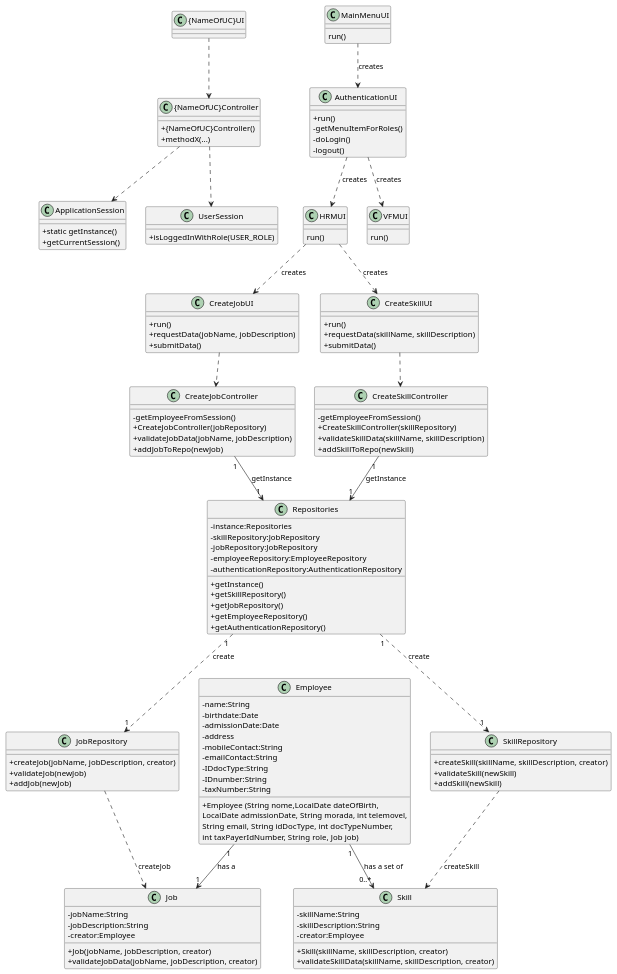
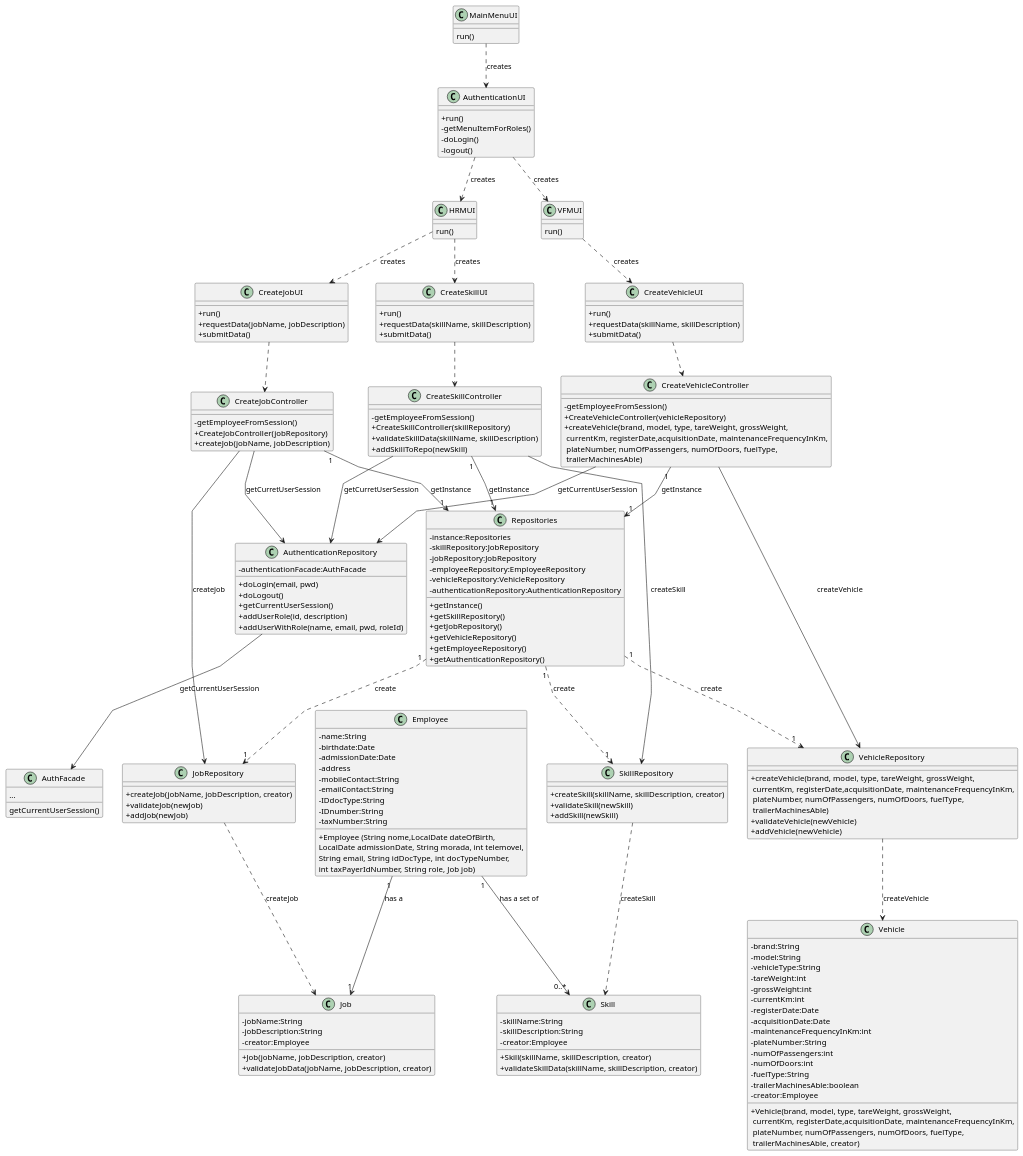
The diagram in docs/sprintB/global-artifacts/03.design/puml/class-diagram.puml (Paulo-Pereira-at-ISEP/lei-24-s2-1nanb-g321), drawn with PlantUML before and after one commit.

Commit message:
LGGPM-108 - Global - Design - Class diagram update

```diff
--- a/docs/sprintB/global-artifacts/03.design/puml/class-diagram.puml
+++ b/docs/sprintB/global-artifacts/03.design/puml/class-diagram.puml
@@ -3,25 +3,39 @@
 skinparam linetype polyline
 
 
-class ApplicationSession
-{
-  +static getInstance()
-  +getCurrentSession()
+class AuthenticationRepository{
+    - authenticationFacade:AuthFacade
+    + doLogin(email, pwd)
+    + doLogout()
+    + getCurrentUserSession()
+    + addUserRole(id, description)
+    + addUserWithRole(name, email, pwd, roleId)
 }
 
-class UserSession
-{
-  +isLoggedInWithRole(USER_ROLE)
+class AuthFacade{
+    ...
+    getCurrentUserSession()
 }
 
-class "{NameOfUC}Controller" {
-    + {NameOfUC}Controller()
-    + methodX(...)
+
+class Repositories{
+    - instance:Repositories
+    - skillRepository:JobRepository
+    - jobRepository:JobRepository
+    - employeeRepository:EmployeeRepository
+    - vehicleRepository:VehicleRepository
+    - authenticationRepository:AuthenticationRepository
+
+
+    + getInstance()
+    + getSkillRepository()
+    + getJobRepository()
+    + getVehicleRepository()
+    + getEmployeeRepository()
+    + getAuthenticationRepository()
 }
 
-class "{NameOfUC}UI" {
-}
-
+'------------------         UI             ----------------------
 
 class MainMenuUI{
     run()
@@ -42,20 +56,95 @@
     run()
 }
 
-class CreateJobController {
-    -getEmployeeFromSession()
-    + CreateJobController(jobRepository)
-    + validateJobData(jobName, jobDescription)
-    + addJobToRepo(newJob)
 
 
+
+
+class CreateSkillUI {
+    +run()
+    +requestData(skillName, skillDescription)
+    +submitData()
 }
-
 
 class CreateJobUI {
     +run()
     +requestData(jobName, jobDescription)
     +submitData()
+}
+
+class CreateVehicleUI {
+    +run()
+    +requestData(skillName, skillDescription)
+    +submitData()
+}
+
+
+'------------------         CONTROLLERS             ----------------------
+
+class CreateSkillController {
+    - getEmployeeFromSession()
+    + CreateSkillController(skillRepository)
+    + validateSkillData(skillName, skillDescription)
+    + addSkillToRepo(newSkill)
+
+}
+
+class CreateJobController {
+    -getEmployeeFromSession()
+    + CreateJobController(jobRepository)
+    + createJob(jobName, jobDescription)
+}
+
+
+class CreateVehicleController {
+    -getEmployeeFromSession()
+    + CreateVehicleController(vehicleRepository)
+    + createVehicle(brand, model, type, tareWeight, grossWeight,\n currentKm, registerDate,acquisitionDate, maintenanceFrequencyInKm,\n plateNumber, numOfPassengers, numOfDoors, fuelType,\n trailerMachinesAble)
+}
+
+
+'------------------         REPOS             ----------------------
+
+class SkillRepository{
+    + createSkill(skillName, skillDescription, creator)
+    + validateSkill(newSkill)
+    + addSkill(newSkill)
+}
+
+
+class JobRepository{
+    + createJob(jobName, jobDescription, creator)
+    + validateJob(newJob)
+    + addJob(newJob)
+}
+
+
+class VehicleRepository{
+    + createVehicle(brand, model, type, tareWeight, grossWeight,\n currentKm, registerDate,acquisitionDate, maintenanceFrequencyInKm,\n plateNumber, numOfPassengers, numOfDoors, fuelType,\n trailerMachinesAble)
+    + validateVehicle(newVehicle)
+    + addVehicle(newVehicle)
+}
+
+
+'------------------         MODELS             ----------------------
+
+class Skill {
+    -skillName:String
+    -skillDescription:String
+    -creator:Employee
+
+    +Skill(skillName, skillDescription, creator)
+    +validateSkillData(skillName, skillDescription, creator)
+}
+
+
+class Job {
+    -jobName:String
+    -jobDescription:String
+    -creator:Employee
+
+    +Job(jobName, jobDescription, creator)
+    +validateJobData(jobName, jobDescription, creator)
 }
 
 
@@ -74,96 +163,93 @@
     +Employee (String nome,LocalDate dateOfBirth,\nLocalDate admissionDate, String morada, int telemovel,\nString email, String idDocType, int docTypeNumber,\nint taxPayerIdNumber, String role, Job job)
 }
 
-class Repositories{
-    - instance:Repositories
-    - skillRepository:JobRepository
-    - jobRepository:JobRepository
-    - employeeRepository:EmployeeRepository
-    - authenticationRepository:AuthenticationRepository
 
-
-    + getInstance()
-    + getSkillRepository()
-    + getJobRepository()
-    + getEmployeeRepository()
-    + getAuthenticationRepository()
-}
-
-class JobRepository{
-    + createJob(jobName, jobDescription, creator)
-    + validateJob(newJob)
-    + addJob(newJob)
-}
-
-class Job {
-    -jobName:String
-    -jobDescription:String
+class Vehicle{
+    -brand:String
+    -model:String
+    -vehicleType:String
+    -tareWeight:int
+    -grossWeight:int
+    -currentKm:int
+    -registerDate:Date
+    -acquisitionDate:Date
+    -maintenanceFrequencyInKm:int
+    -plateNumber:String
+    -numOfPassengers:int
+    -numOfDoors:int
+    -fuelType:String
+    -trailerMachinesAble:boolean
     -creator:Employee
 
-    +Job(jobName, jobDescription, creator)
-    +validateJobData(jobName, jobDescription, creator)
-}
-
-
-class CreateSkillController {
-    - getEmployeeFromSession()
-    + CreateSkillController(skillRepository)
-    + validateSkillData(skillName, skillDescription)
-    + addSkillToRepo(newSkill)
-
-}
-
-
-class CreateSkillUI {
-    +run()
-    +requestData(skillName, skillDescription)
-    +submitData()
+    + Vehicle(brand, model, type, tareWeight, grossWeight,\n currentKm, registerDate,acquisitionDate, maintenanceFrequencyInKm,\n plateNumber, numOfPassengers, numOfDoors, fuelType,\n trailerMachinesAble, creator)
 }
 
 
 
-class SkillRepository{
-    + createSkill(skillName, skillDescription, creator)
-    + validateSkill(newSkill)
-    + addSkill(newSkill)
-}
 
-class Skill {
-    -skillName:String
-    -skillDescription:String
-    -creator:Employee
 
-    +Skill(skillName, skillDescription, creator)
-    +validateSkillData(skillName, skillDescription, creator)
-}
+
+
+
+
+
+
+
+
+
+
+AuthenticationRepository --> AuthFacade : getCurrentUserSession
 
 
 MainMenuUI ..> AuthenticationUI: creates
 
+
 AuthenticationUI ..> HRMUI : creates
 AuthenticationUI ..> VFMUI : creates
+
 
 HRMUI ..> CreateSkillUI : creates
 HRMUI ..> CreateJobUI : creates
 
-CreateJobUI ..> CreateJobController
+
+VFMUI ..> CreateVehicleUI : creates
+
+
+CreateSkillController --> AuthenticationRepository : getCurretUserSession
+CreateJobController --> AuthenticationRepository : getCurretUserSession
+CreateVehicleController --> AuthenticationRepository : getCurrentUserSession
+
 
 CreateJobController "1" --> "1" Repositories : getInstance
-Repositories "1" ..> "1" JobRepository : create
-JobRepository ..> Job : createJob
-Employee "1" --> "1" Job : has a
+CreateSkillController "1" --> "1" Repositories : getInstance
+CreateVehicleController "1" --> "1" Repositories : getInstance
 
 
+CreateJobUI ..> CreateJobController
 CreateSkillUI ..> CreateSkillController
+CreateVehicleUI ..> CreateVehicleController
 
-CreateSkillController "1" --> "1" Repositories : getInstance
+
 Repositories "1" ..> "1" SkillRepository : create
+Repositories "1" ..> "1" JobRepository : create
+Repositories "1" ..> "1" VehicleRepository : create
+
+
+
+CreateSkillController --> SkillRepository : createSkill
+CreateJobController --> JobRepository : createJob
+CreateVehicleController --> VehicleRepository : createVehicle
+
+
 SkillRepository ..> Skill : createSkill
+JobRepository ..> Job : createJob
+VehicleRepository ..> Vehicle : createVehicle
+
+
+Employee "1" --> "1" Job : has a
 Employee "1" --> "0..*" Skill : has a set of
 
 
-"{NameOfUC}UI" ..> "{NameOfUC}Controller"
-"{NameOfUC}Controller" ..> ApplicationSession
-"{NameOfUC}Controller" ..> UserSession
+
 
 @enduml
```
